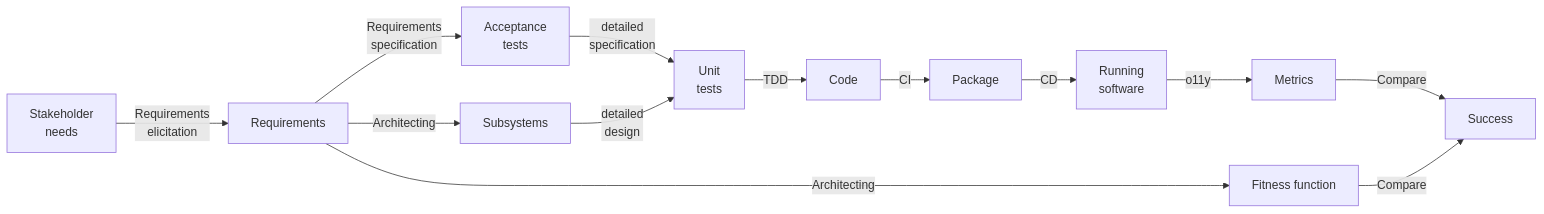
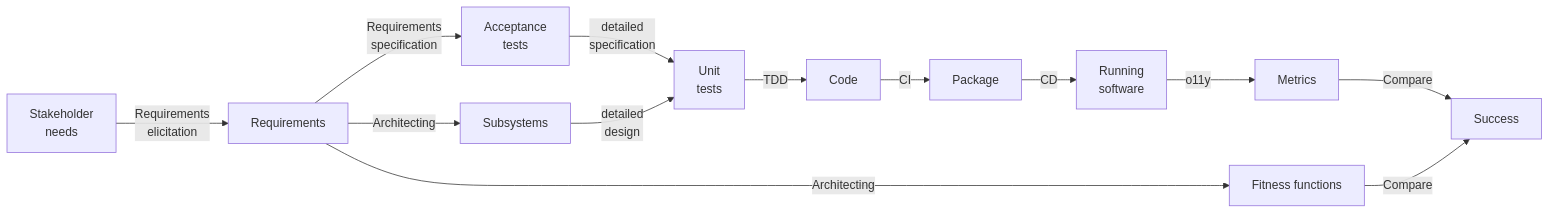
Before and after one commit to setms/book: the diagram in docs/engineering-process/analysis.md, drawn with Mermaid.

````diff
--- a/docs/engineering-process/analysis.md
+++ b/docs/engineering-process/analysis.md
@@ -6,29 +6,29 @@
 ```mermaid
 flowchart LR
   N[Stakeholder\nneeds]
   R[Requirements]
   S[Subsystems]
   AT[Acceptance\ntests]
   UT[Unit\ntests]
   C[Code]
   P[Package]
   E[Running\nsoftware]
   M[Metrics]
-  F[Fitness function]
+  F[Fitness functions]
 
 
   UT --TDD--> C
   C --CI--> P
   P --CD--> E
   E -- o11y --> M
   R --Architecting--> F
 
   N --Requirements\nelicitation-->
   R --Architecting--> S
   R --Requirements\nspecification--> AT
   AT --detailed\nspecification--> UT
   S --detailed\ndesign--> UT
 
   M --Compare--> Success
   F --Compare--> Success
 ```
````
